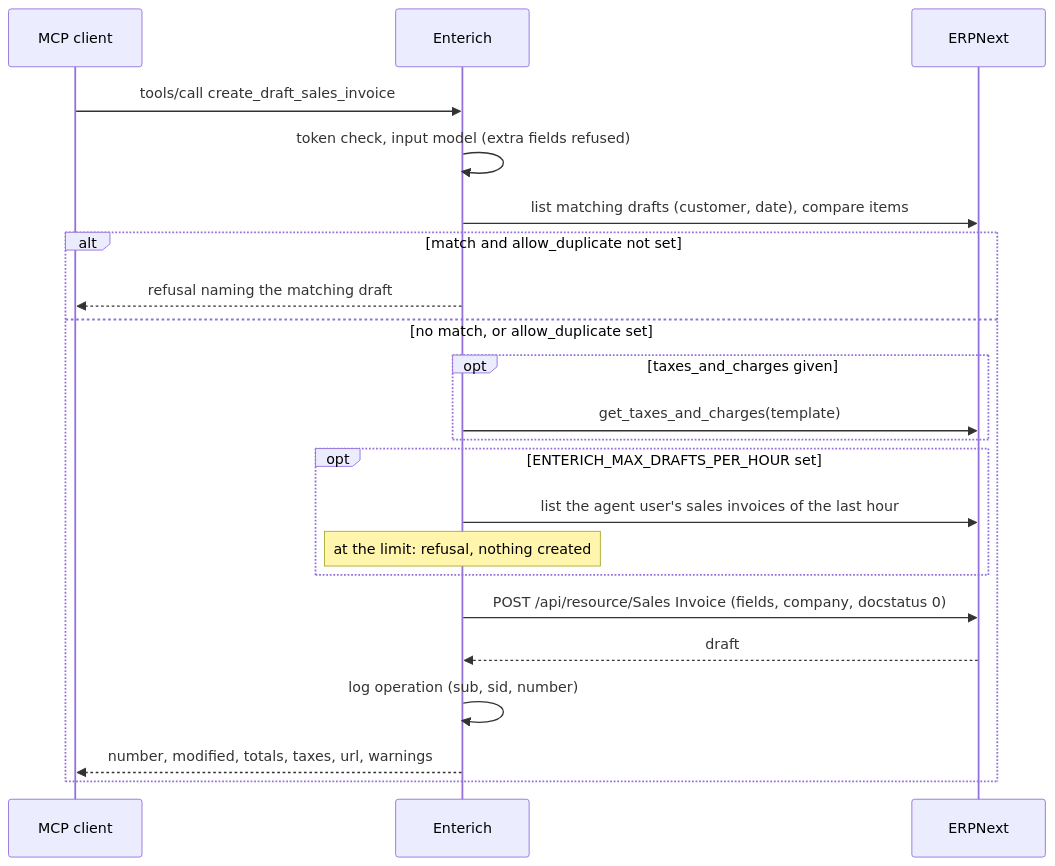
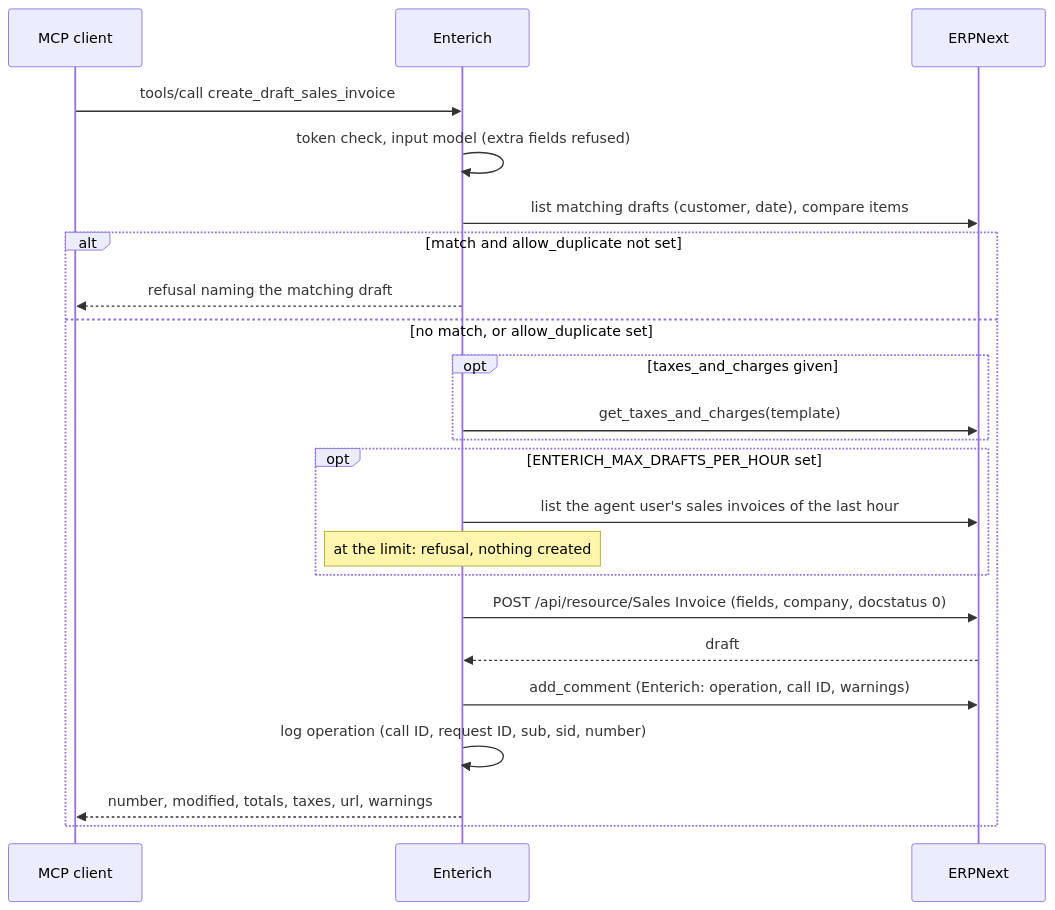
The fourth of 5 diagrams in docs/arc42/README.md (Interlusion/enterich), drawn with Mermaid before and after one commit. The commit also changed other lines of this file and 8 other files, not shown here.

First line of the commit message:
docs: provenance in the guides, changelog and architecture

````diff
--- a/docs/arc42/README.md
+++ b/docs/arc42/README.md
@@ -144,24 +144,25 @@
 ```mermaid
 sequenceDiagram
     participant C as MCP client
     participant E as Enterich
     participant N as ERPNext
     C->>E: tools/call create_draft_sales_invoice
     E->>E: token check, input model (extra fields refused)
     E->>N: list matching drafts (customer, date), compare items
     alt match and allow_duplicate not set
         E-->>C: refusal naming the matching draft
     else no match, or allow_duplicate set
         opt taxes_and_charges given
             E->>N: get_taxes_and_charges(template)
         end
         opt ENTERICH_MAX_DRAFTS_PER_HOUR set
             E->>N: list the agent user's sales invoices of the last hour
             Note over E: at the limit: refusal, nothing created
         end
         E->>N: POST /api/resource/Sales Invoice (fields, company, docstatus 0)
         N-->>E: draft
-        E->>E: log operation (sub, sid, number)
+        E->>N: add_comment (Enterich: operation, call ID, warnings)
+        E->>E: log operation (call ID, request ID, sub, sid, number)
         E-->>C: number, modified, totals, taxes, url, warnings
     end
 ```
````
